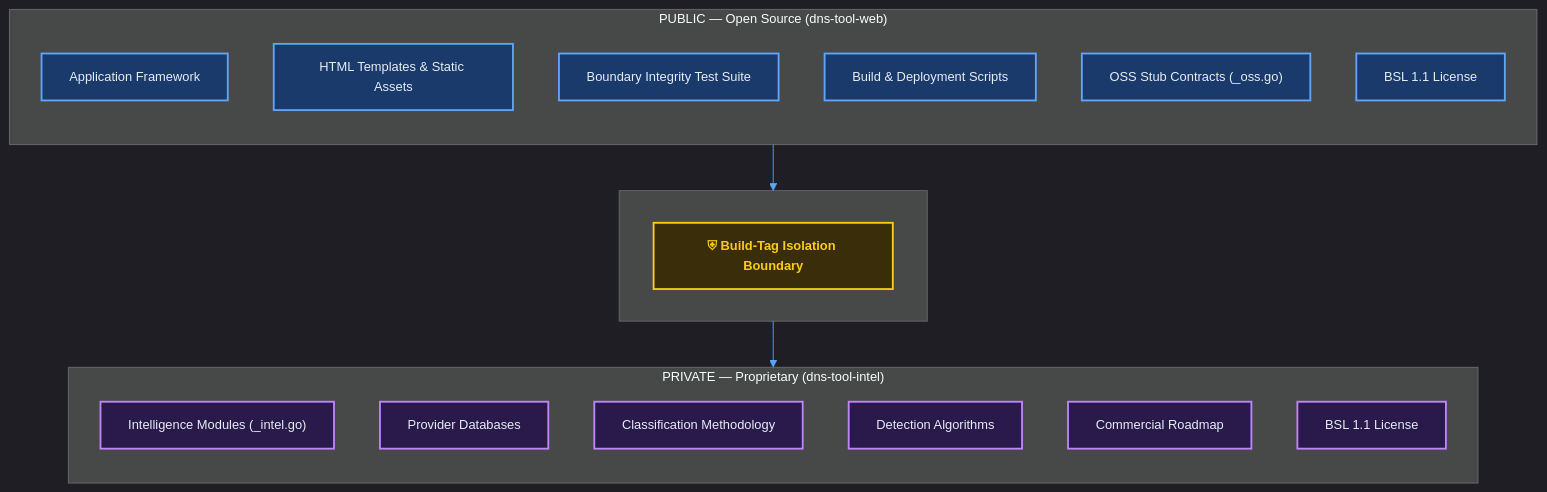
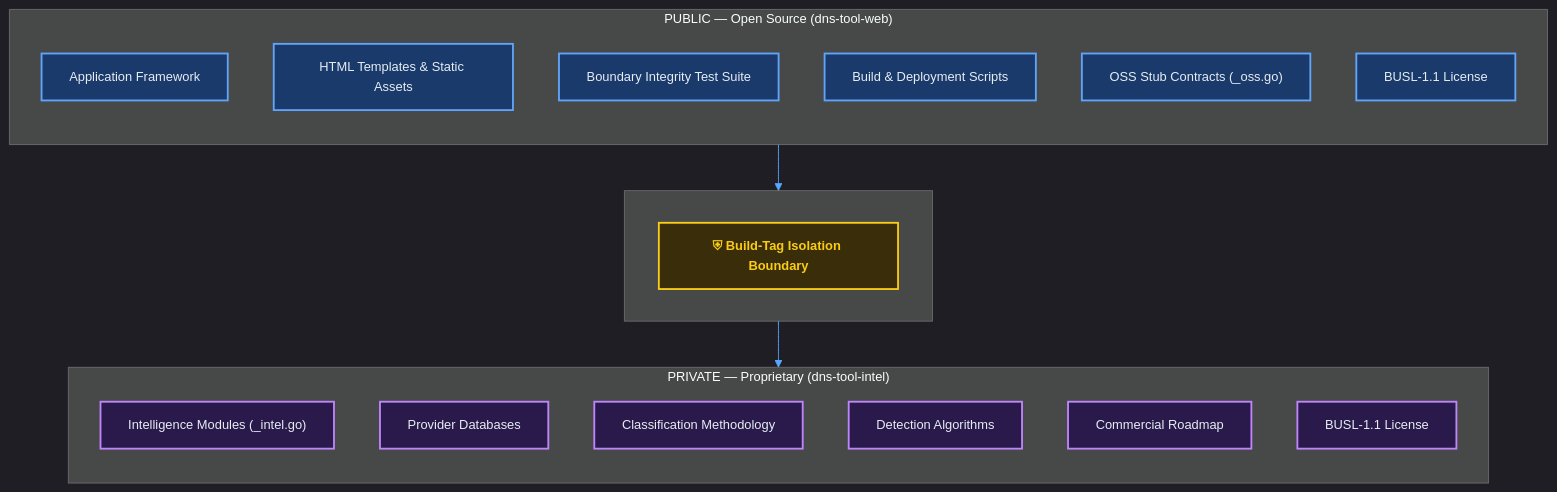
One commit to IT-Help-San-Diego/dns-tool-web changed the diagram in docs/diagrams/open-core-architecture.mmd. Above: the diagram before and after it, drawn with Mermaid. The commit also changed 14 other files, not shown here.

First line of the commit message:
Update license identifiers to BUSL-1.1 across all project documentation

```diff
--- a/docs/diagrams/open-core-architecture.mmd
+++ b/docs/diagrams/open-core-architecture.mmd
@@ -1,33 +1,33 @@
 %%{ init: { 'theme': 'dark', 'themeVariables': { 'primaryColor': '#1e3a5f', 'primaryTextColor': '#e6edf3', 'primaryBorderColor': '#58a6ff', 'lineColor': '#58a6ff', 'secondaryColor': '#0c1018', 'tertiaryColor': '#111720', 'fontSize': '14px' } } }%%
 graph TB
     subgraph public["PUBLIC — Open Source (dns-tool-web)"]
         direction TB
         FW["Application Framework"]:::blue
         TPL["HTML Templates &amp; Static Assets"]:::blue
         TEST["Boundary Integrity Test Suite"]:::blue
         BUILD["Build &amp; Deployment Scripts"]:::blue
         STUB["OSS Stub Contracts (_oss.go)"]:::blue
-        LIC1["BSL 1.1 License"]:::blue
+        LIC1["BUSL-1.1 License"]:::blue
     end
 
     subgraph boundary[" "]
         direction LR
         WALL["⛨ Build-Tag Isolation Boundary"]:::wall
     end
 
     subgraph private["PRIVATE — Proprietary (dns-tool-intel)"]
         direction TB
         INTEL["Intelligence Modules (_intel.go)"]:::purple
         PROV["Provider Databases"]:::purple
         CLASS["Classification Methodology"]:::purple
         DETECT["Detection Algorithms"]:::purple
         ROAD["Commercial Roadmap"]:::purple
-        LIC2["BSL 1.1 License"]:::purple
+        LIC2["BUSL-1.1 License"]:::purple
     end
 
     public --> boundary
     boundary --> private
 
     classDef blue fill:#1a3a6b,stroke:#60a5fa,stroke-width:2px,color:#e6edf3
     classDef purple fill:#2a1a4b,stroke:#c084fc,stroke-width:2px,color:#e6edf3
     classDef wall fill:#3a2e0a,stroke:#facc15,stroke-width:2px,color:#facc15,font-weight:bold
```
